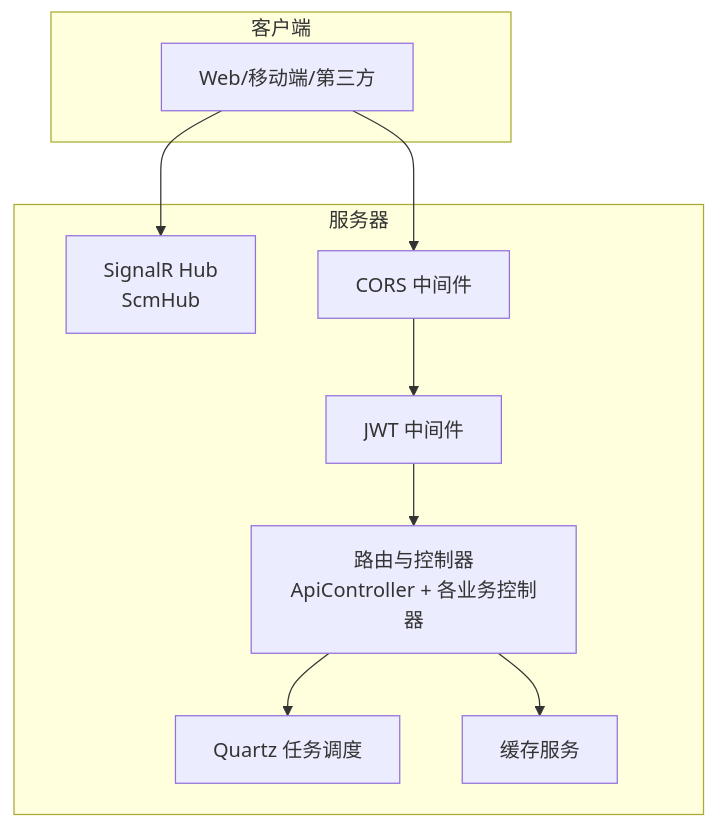
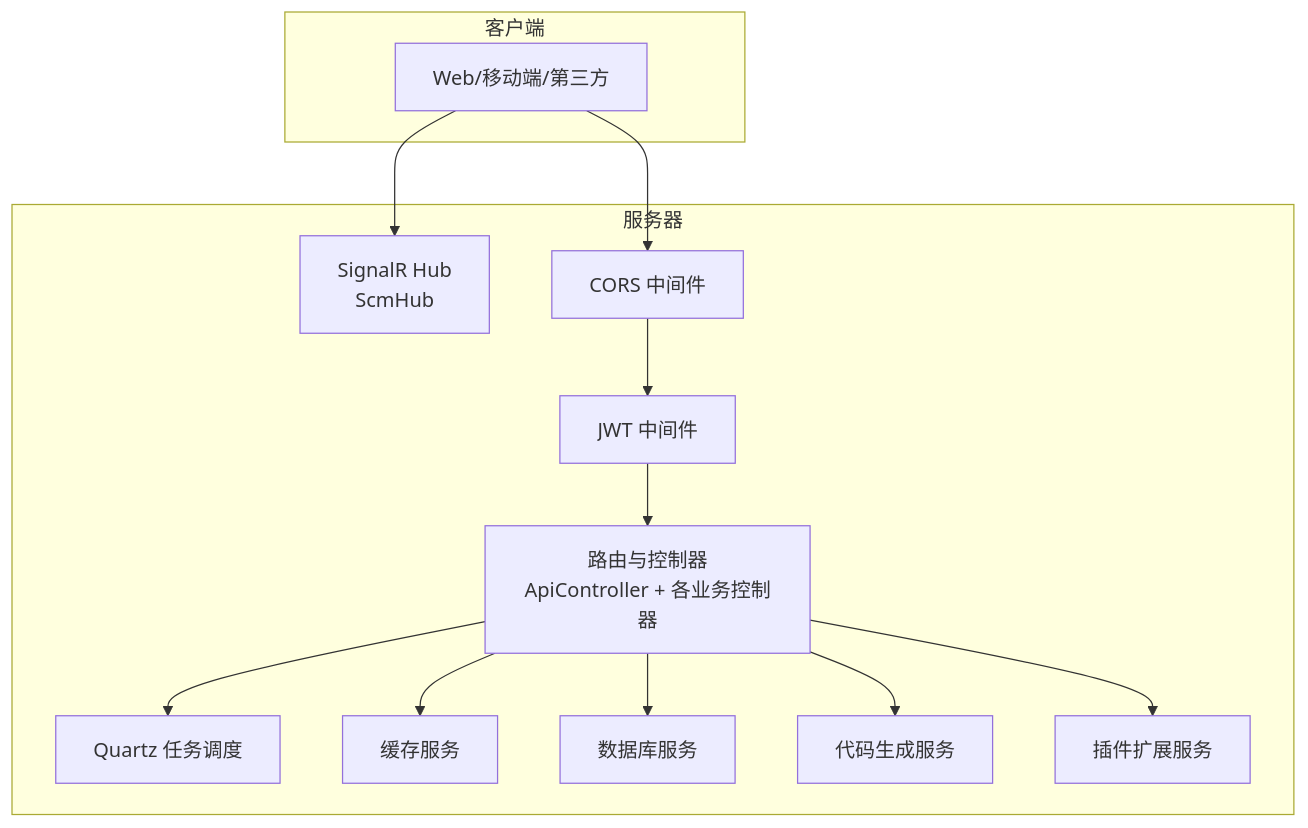
The second of 10 diagrams in .qoder/repowiki/zh/content/API 参考文档/API 参考文档.md (leadiot/Scm.Net), drawn with Mermaid before and after one commit. The commit also changed other lines of this file and 126 other files, not shown here.

````diff
--- a/.qoder/repowiki/zh/content/API 参考文档/API 参考文档.md
+++ b/.qoder/repowiki/zh/content/API 参考文档/API 参考文档.md
@@ -83,18 +107,24 @@
 ```mermaid
 graph TB
 subgraph "客户端"
 W["Web/移动端/第三方"]
 end
 subgraph "服务器"
 R["路由与控制器<br/>ApiController + 各业务控制器"]
 S["SignalR Hub<br/>ScmHub"]
 J["JWT 中间件"]
 X["CORS 中间件"]
 Q["Quartz 任务调度"]
 C["缓存服务"]
+DB["数据库服务"]
+GEN["代码生成服务"]
+PLG["插件扩展服务"]
 end
 W --> X --> J --> R
 W --> S
 R --> C
 R --> Q
+R --> DB
+R --> GEN
+R --> PLG
 ```
````
